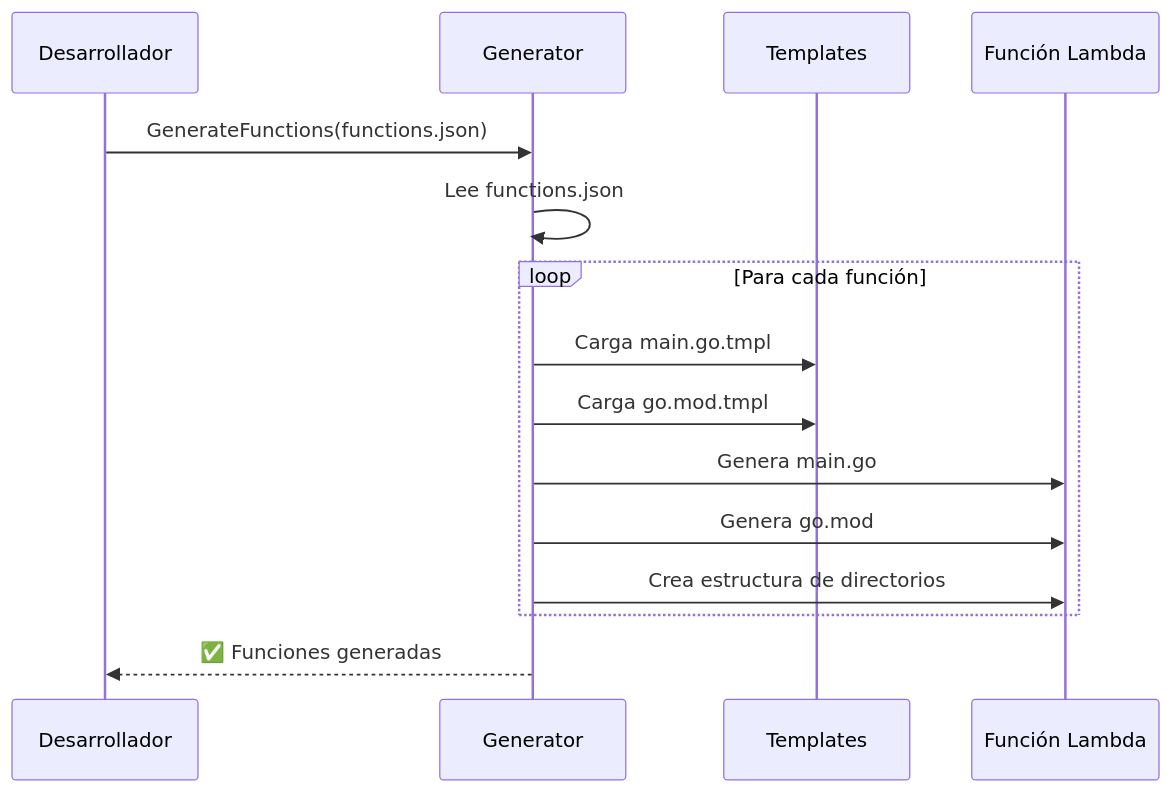
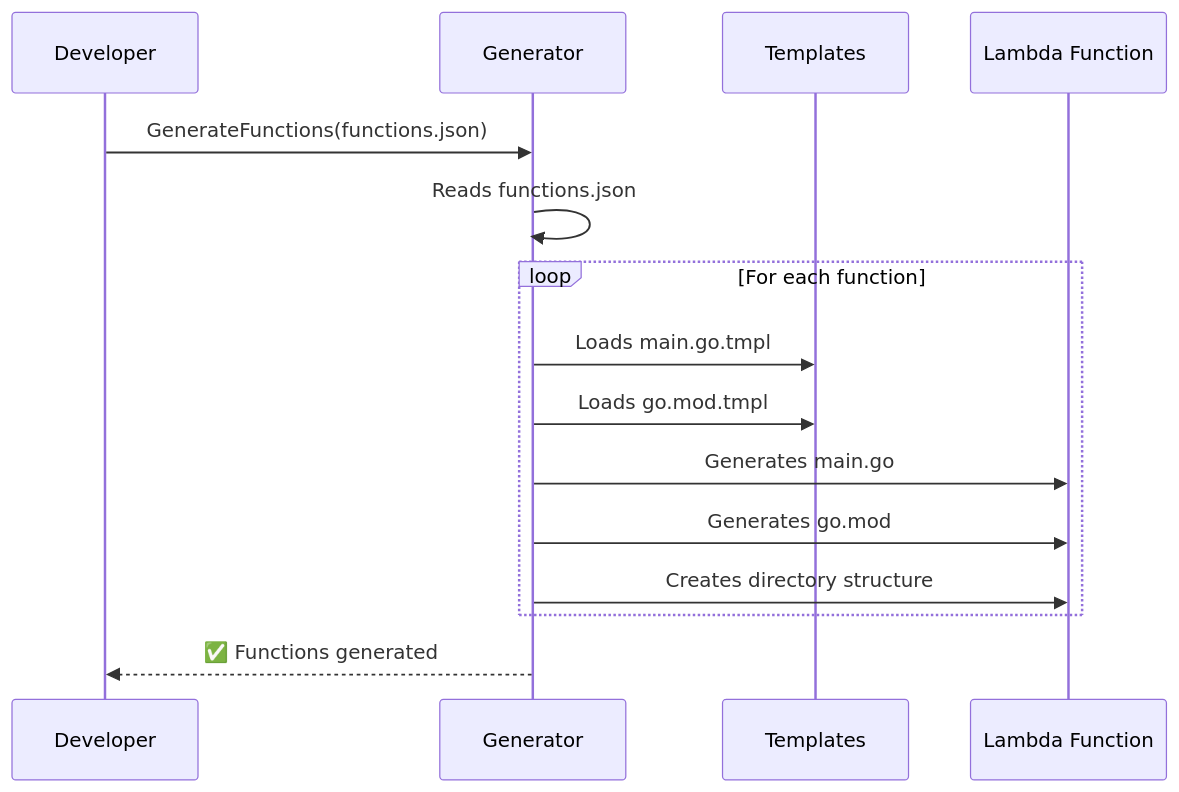
Before and after one commit to Simon3640/GoProjectSkeleton: the sixth of 27 diagrams in README.md, drawn with Mermaid. The commit also changed other lines of this file and 1 other file, not shown here.

````diff
--- a/README.md
+++ b/README.md
@@ -1017,18 +1017,18 @@
 ```mermaid
 sequenceDiagram
-    participant Dev as Desarrollador
+    participant Dev as Developer
     participant Gen as Generator
     participant Template as Templates
-    participant Func as Función Lambda
+    participant Func as Lambda Function
 
     Dev->>Gen: GenerateFunctions(functions.json)
-    Gen->>Gen: Lee functions.json
-    loop Para cada función
-        Gen->>Template: Carga main.go.tmpl
-        Gen->>Template: Carga go.mod.tmpl
-        Gen->>Func: Genera main.go
-        Gen->>Func: Genera go.mod
-        Gen->>Func: Crea estructura de directorios
+    Gen->>Gen: Reads functions.json
+    loop For each function
+        Gen->>Template: Loads main.go.tmpl
+        Gen->>Template: Loads go.mod.tmpl
+        Gen->>Func: Generates main.go
+        Gen->>Func: Generates go.mod
+        Gen->>Func: Creates directory structure
     end
-    Gen-->>Dev: ✅ Funciones generadas
+    Gen-->>Dev: ✅ Functions generated
 ```
````
